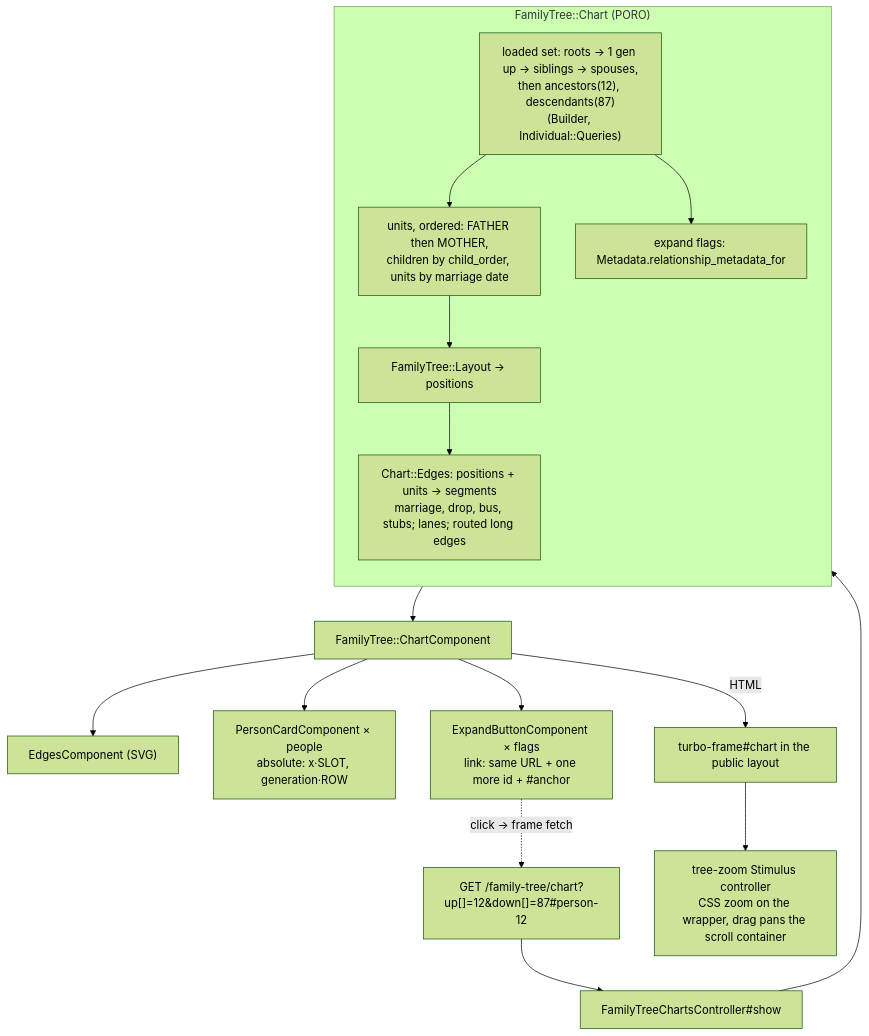
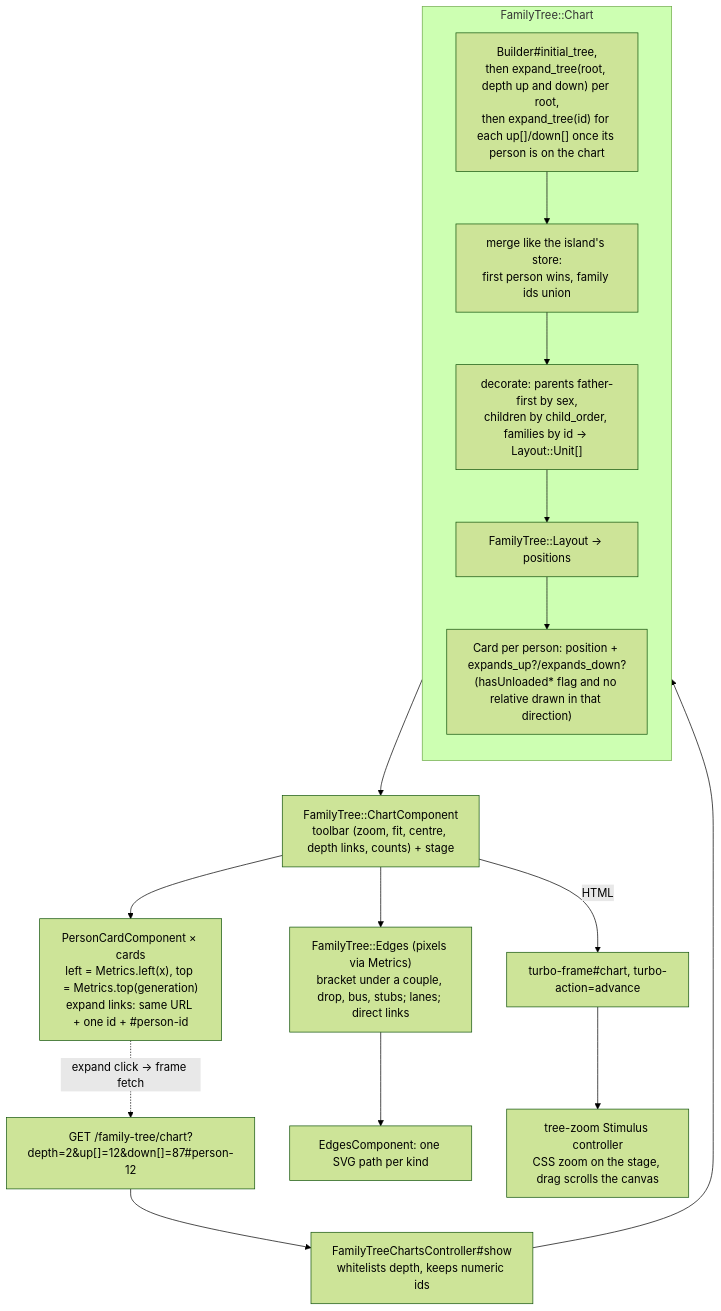
The third of 4 diagrams in docs/family-tree-architecture.md (timothyjamesmarias/family_archive), drawn with Mermaid (forest theme) before and after one commit. The commit also changed other lines of this file and 21 other files, not shown here.

First line of the commit message:
Render the family tree server-side at /family-tree/chart

````diff
--- a/docs/family-tree-architecture.md
+++ b/docs/family-tree-architecture.md
@@ -61,25 +62,24 @@
 ```mermaid
 flowchart TD
-    URL["GET /family-tree/chart?up[]=12&down[]=87#person-12"] --> C["FamilyTreeChartsController#show"]
+    URL["GET /family-tree/chart?depth=2&up[]=12&down[]=87#person-12"] --> C["FamilyTreeChartsController#show<br/>whitelists depth, keeps numeric ids"]
     C --> Chart
 
-    subgraph Chart["FamilyTree::Chart (PORO)"]
+    subgraph Chart["FamilyTree::Chart"]
         direction TB
-        L["loaded set: roots → 1 gen up → siblings → spouses,<br/>then ancestors(12), descendants(87)<br/>(Builder, Individual::Queries)"]
-        U["units, ordered: FATHER then MOTHER,<br/>children by child_order, units by marriage date"]
+        I["Builder#initial_tree,<br/>then expand_tree(root, depth up and down) per root,<br/>then expand_tree(id) for each up[]/down[] once its person is on the chart"]
+        MG["merge like the island's store:<br/>first person wins, family ids union"]
+        U["decorate: parents father-first by sex,<br/>children by child_order, families by id → Layout::Unit[]"]
         LY["FamilyTree::Layout → positions"]
-        E["Chart::Edges: positions + units → segments<br/>marriage, drop, bus, stubs; lanes; routed long edges"]
-        M["expand flags: Metadata.relationship_metadata_for"]
-        L --> U --> LY --> E
-        L --> M
+        F["Card per person: position + expands_up?/expands_down?<br/>(hasUnloaded* flag and no relative drawn in that direction)"]
+        I --> MG --> U --> LY --> F
     end
 
-    Chart --> V["FamilyTree::ChartComponent"]
-    V --> Ed["EdgesComponent (SVG)"]
-    V --> Cards["PersonCardComponent × people<br/>absolute: x·SLOT, generation·ROW"]
-    V --> Ex["ExpandButtonComponent × flags<br/>link: same URL + one more id + #anchor"]
+    Chart --> V["FamilyTree::ChartComponent<br/>toolbar (zoom, fit, centre, depth links, counts) + stage"]
+    V --> E["FamilyTree::Edges (pixels via Metrics)<br/>bracket under a couple, drop, bus, stubs; lanes; direct links"]
+    E --> Ed["EdgesComponent: one SVG path per kind"]
+    V --> Cards["PersonCardComponent × cards<br/>left = Metrics.left(x), top = Metrics.top(generation)<br/>expand links: same URL + one id + #person-id"]
 
-    V -->|HTML| Frame["turbo-frame#chart in the public layout"]
-    Frame --> Z["tree-zoom Stimulus controller<br/>CSS zoom on the wrapper, drag pans the scroll container"]
-    Ex -.->|"click → frame fetch"| URL
+    V -->|HTML| Frame["turbo-frame#chart, turbo-action=advance"]
+    Frame --> Z["tree-zoom Stimulus controller<br/>CSS zoom on the stage, drag scrolls the canvas"]
+    Cards -.->|"expand click → frame fetch"| URL
 ```
````
